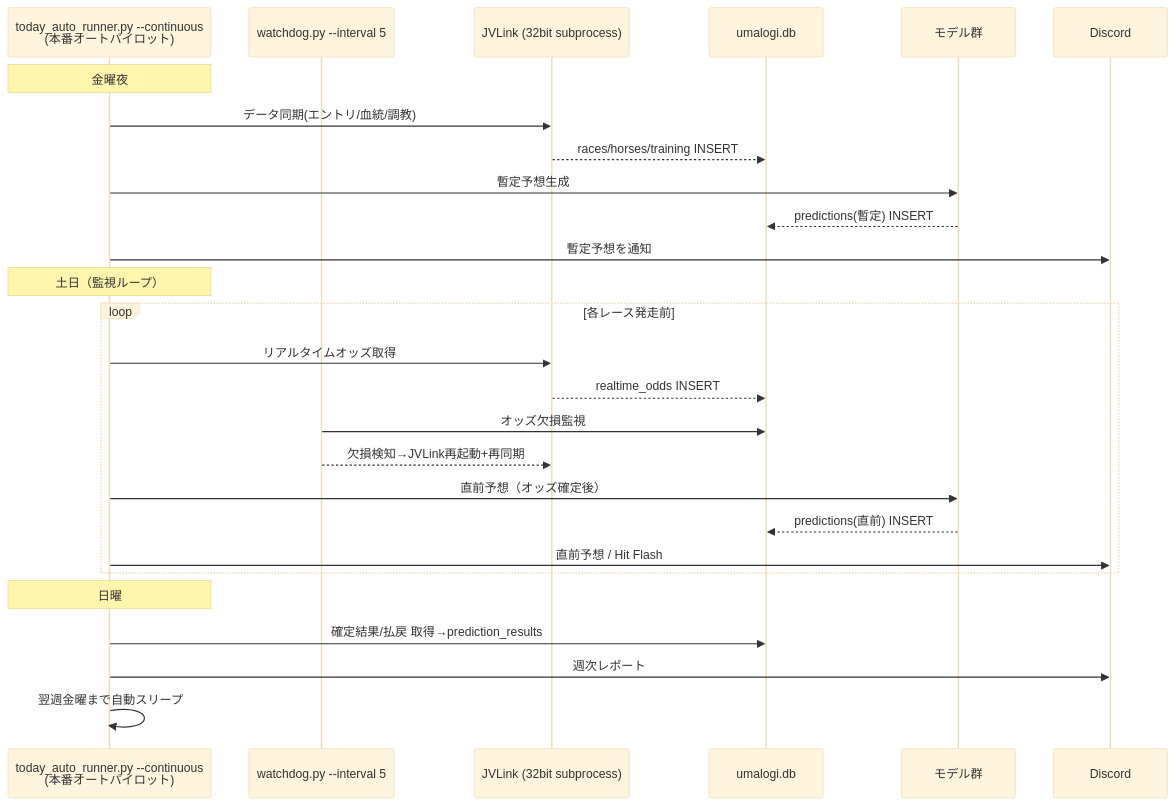
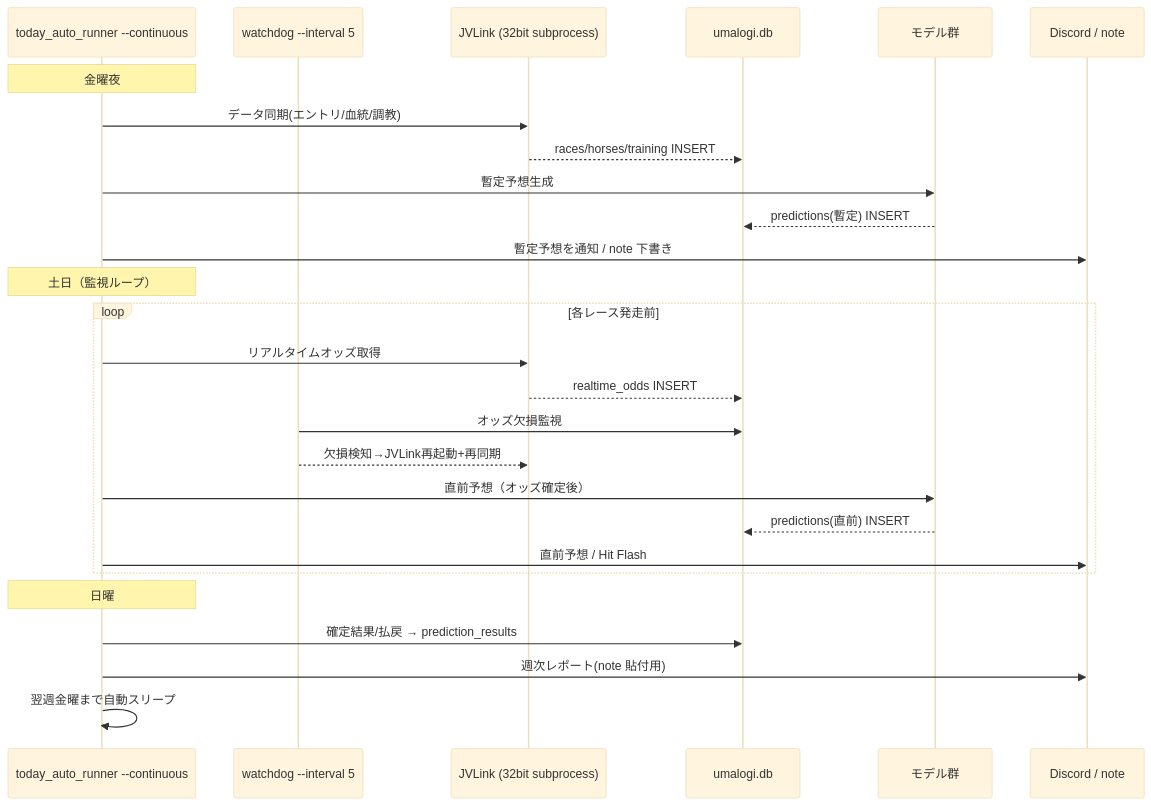
One commit to uma-logic-user/UMALOGI changed the fourth of 5 diagrams in docs/ARCHITECTURE_FINAL.md. Above: the diagram before and after it, drawn with Mermaid (base theme). The commit also changed other lines of this file and 1 other file, not shown here.

````diff
--- a/docs/ARCHITECTURE_FINAL.md
+++ b/docs/ARCHITECTURE_FINAL.md
@@ -93,32 +174,32 @@
 ```mermaid
 sequenceDiagram
-    participant AP as today_auto_runner.py --continuous<br/>(本番オートパイロット)
-    participant WD as watchdog.py --interval 5
+    participant AP as today_auto_runner --continuous
+    participant WD as watchdog --interval 5
     participant JL as JVLink (32bit subprocess)
     participant DB as umalogi.db
     participant ML as モデル群
-    participant DC as Discord
+    participant OUT as Discord / note
 
     Note over AP: 金曜夜
     AP->>JL: データ同期(エントリ/血統/調教)
     JL-->>DB: races/horses/training INSERT
     AP->>ML: 暫定予想生成
     ML-->>DB: predictions(暫定) INSERT
-    AP->>DC: 暫定予想を通知
+    AP->>OUT: 暫定予想を通知 / note 下書き
 
     Note over AP: 土日（監視ループ）
     loop 各レース発走前
         AP->>JL: リアルタイムオッズ取得
         JL-->>DB: realtime_odds INSERT
         WD->>DB: オッズ欠損監視
         WD-->>JL: 欠損検知→JVLink再起動+再同期
         AP->>ML: 直前予想（オッズ確定後）
         ML-->>DB: predictions(直前) INSERT
-        AP->>DC: 直前予想 / Hit Flash
+        AP->>OUT: 直前予想 / Hit Flash
     end
 
     Note over AP: 日曜
-    AP->>DB: 確定結果/払戻 取得→prediction_results
-    AP->>DC: 週次レポート
+    AP->>DB: 確定結果/払戻 → prediction_results
+    AP->>OUT: 週次レポート(note 貼付用)
     AP->>AP: 翌週金曜まで自動スリープ
 ```
````
